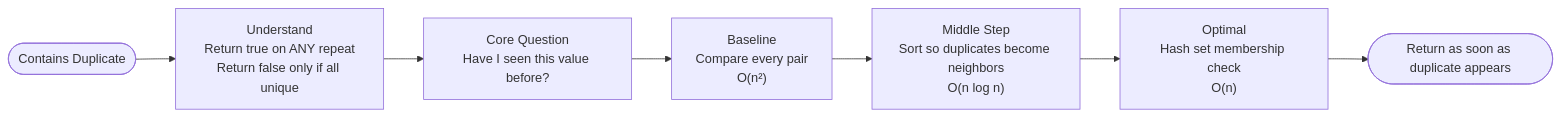
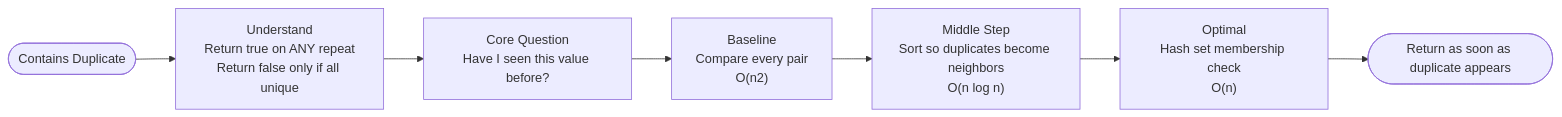
The second of 13 diagrams in 02 - Contains Duplicate/README.md (M-F-Tushar/LeetCode-Problem-Solving), drawn with Mermaid before and after one commit. The commit also changed other lines of this file and 6 other files, not shown here.

Commit message:
fix diagram rendering

````diff
--- a/02 - Contains Duplicate/README.md
+++ b/02 - Contains Duplicate/README.md
@@ -47,9 +47,9 @@
 ```mermaid
 flowchart LR
     START(["Contains Duplicate"]) --> U["Understand\nReturn true on ANY repeat\nReturn false only if all unique"]
     U --> Q["Core Question\nHave I seen this value before?"]
-    Q --> B["Baseline\nCompare every pair\nO(n²)"]
+    Q --> B["Baseline\nCompare every pair\nO(n2)"]
     B --> S["Middle Step\nSort so duplicates become neighbors\nO(n log n)"]
     S --> O["Optimal\nHash set membership check\nO(n)"]
     O --> DONE(["Return as soon as duplicate appears"])
 ```
````
